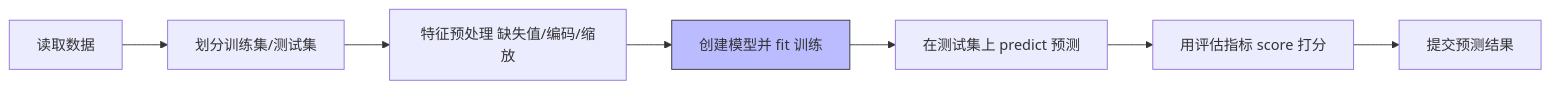
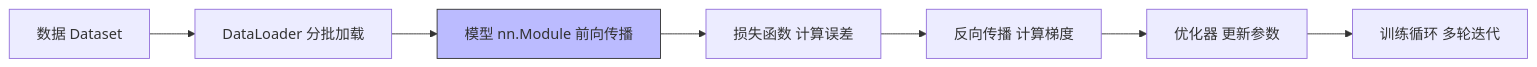
The diagram in docs/AppendixE/index.md (wizardforcel/baizhan-kaggle), drawn with Mermaid before and after one commit. The commit also changed other lines of this file, not shown here.

````diff
--- a/docs/AppendixE/index.md
+++ b/docs/AppendixE/index.md
@@ -9,10 +9,10 @@
 ```mermaid
 flowchart LR
-    A[读取数据] --> B[划分训练集/测试集]
-    B --> C[特征预处理 缺失值/编码/缩放]
-    C --> D[创建模型并 fit 训练]
-    D --> E[在测试集上 predict 预测]
-    E --> F[用评估指标 score 打分]
-    F --> G[提交预测结果]
-    style D fill:#bbf,stroke:#333
+    A[数据 Dataset] --> B[DataLoader 分批加载]
+    B --> C[模型 nn.Module 前向传播]
+    C --> D[损失函数 计算误差]
+    D --> E[反向传播 计算梯度]
+    E --> F[优化器 更新参数]
+    F --> G[训练循环 多轮迭代]
+    style C fill:#bbf,stroke:#333
 ```
````
